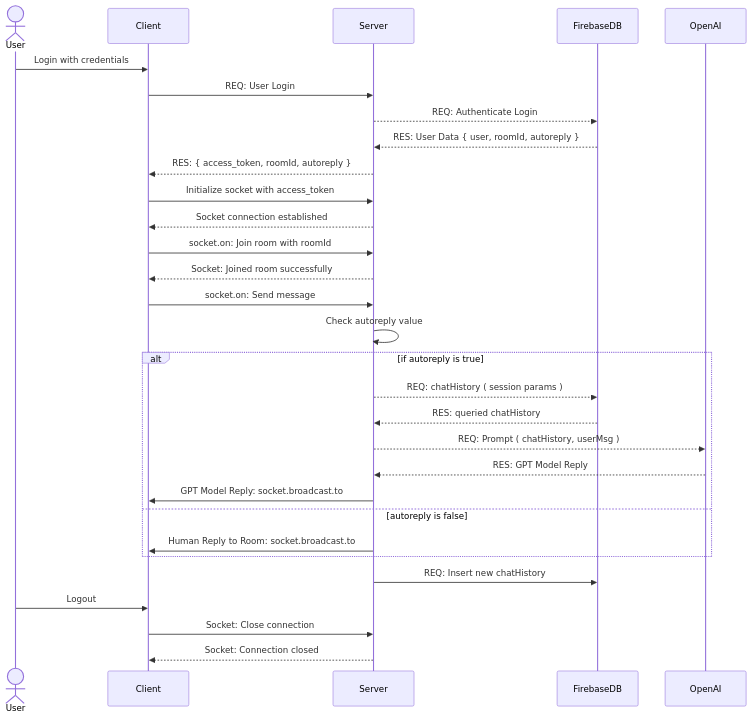
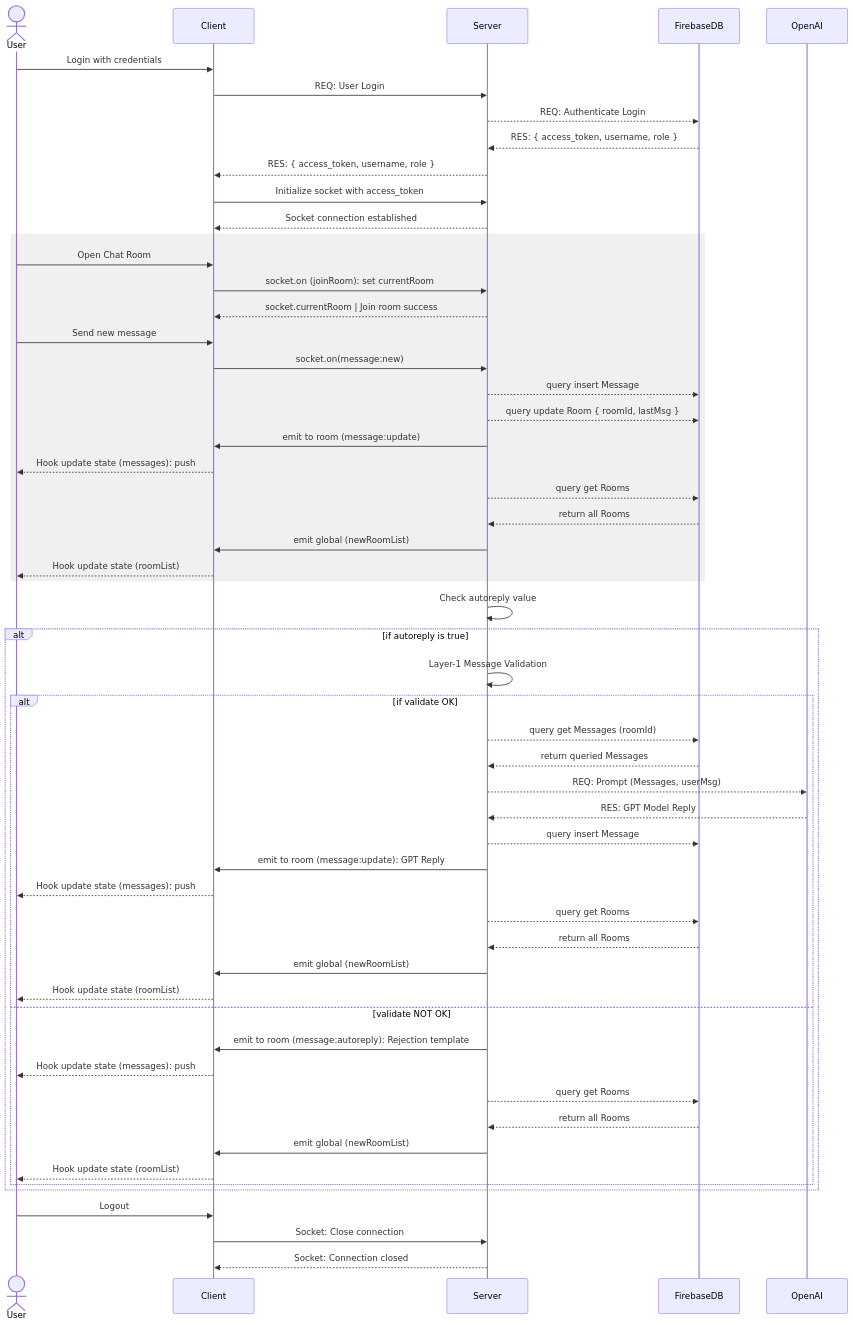
Before and after one commit to Alexwilliam112/ServiceSync: the diagram in server/__docs__/socketRoom.mmd, drawn with Mermaid.

Commit message:
Fixed sequence diag docs

```diff
--- a/server/__docs__/socketRoom.mmd
+++ b/server/__docs__/socketRoom.mmd
@@ -1,31 +1,68 @@
 sequenceDiagram
     actor User
     participant Client
     participant Server
     participant FirebaseDB
     participant OpenAI
 
     User->>Client: Login with credentials
     Client->>Server: REQ: User Login
     Server-->>FirebaseDB: REQ: Authenticate Login
-    FirebaseDB-->>Server: RES: User Data { user, roomId, autoreply }
-    Server-->>Client: RES: { access_token, roomId, autoreply }
+    FirebaseDB-->>Server: RES: { access_token, username, role }
+    Server-->>Client: RES: { access_token, username, role }
     Client->>Server: Initialize socket with access_token
     Server-->>Client: Socket connection established
-    Client->>Server: socket.on: Join room with roomId
-    Server-->>Client: Socket: Joined room successfully
-    Client->>Server: socket.on: Send message
+    
+    rect rgb(240, 240, 240)
+    User->>Client: Open Chat Room
+    Client->>Server: socket.on (joinRoom): set currentRoom
+    Server-->>Client: socket.currentRoom | Join room success
+    
+    User->>Client: Send new message
+    Client->>Server: socket.on(message:new)
+    Server-->>FirebaseDB: query insert Message
+    Server-->>FirebaseDB: query update Room { roomId, lastMsg }
+    Server->>Client: emit to room (message:update)
+    Client-->>User: Hook update state (messages): push
+    Server-->>FirebaseDB: query get Rooms
+    FirebaseDB-->>Server: return all Rooms
+    Server->>Client: emit global (newRoomList)
+    Client-->>User: Hook update state (roomList)
+    end
+
     Server->>Server: Check autoreply value
+
     alt if autoreply is true
-        Server-->>FirebaseDB: REQ: chatHistory ( session params )
-        FirebaseDB-->>Server: RES: queried chatHistory
-        Server-->>OpenAI: REQ: Prompt ( chatHistory, userMsg )
+
+        Server->>Server: Layer-1 Message Validation
+        
+        alt if validate OK
+
+        Server-->>FirebaseDB: query get Messages (roomId)
+        FirebaseDB-->>Server: return queried Messages
+        Server-->>OpenAI: REQ: Prompt (Messages, userMsg)
         OpenAI-->>Server: RES: GPT Model Reply
-        Server->>Client: GPT Model Reply: socket.broadcast.to
-    else autoreply is false
-        Server->>Client: Human Reply to Room: socket.broadcast.to
+        Server-->>FirebaseDB: query insert Message
+        Server->>Client: emit to room (message:update): GPT Reply
+        Client-->>User: Hook update state (messages): push
+        Server-->>FirebaseDB: query get Rooms
+        FirebaseDB-->>Server: return all Rooms
+        Server->>Client: emit global (newRoomList)
+        Client-->>User: Hook update state (roomList)
+        
+        else validate NOT OK
+
+        Server->>Client: emit to room (message:autoreply): Rejection template
+        Client-->>User: Hook update state (messages): push
+        Server-->>FirebaseDB: query get Rooms
+        FirebaseDB-->>Server: return all Rooms
+        Server->>Client: emit global (newRoomList)
+        Client-->>User: Hook update state (roomList)
+        
+        end
+
     end
-    Server->>FirebaseDB: REQ: Insert new chatHistory
+    
     User->>Client: Logout
     Client->>Server: Socket: Close connection
     Server-->>Client: Socket: Connection closed
```
